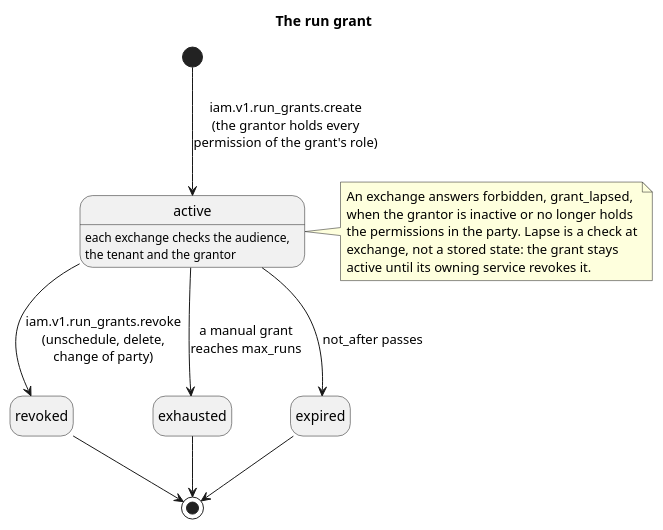
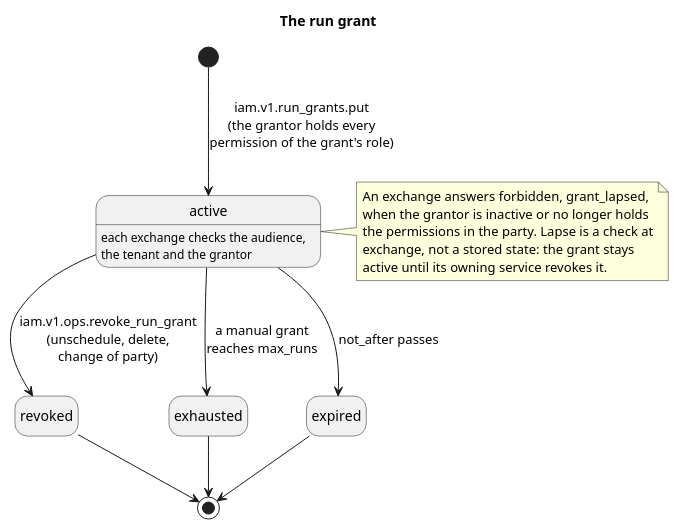
The diagram in doc/knowledge/security/run_grant_states.puml (OreStudio/OreStudio), drawn with PlantUML before and after one commit. The commit also changed 418 other files, not shown here.

```diff
--- a/doc/knowledge/security/run_grant_states.puml
+++ b/doc/knowledge/security/run_grant_states.puml
@@ -18,26 +18,26 @@
 @startuml
 
 title The run grant
 
 hide empty description
 
-[*] --> active : iam.v1.run_grants.create\n(the grantor holds every\npermission of the grant's role)
+[*] --> active : iam.v1.run_grants.put\n(the grantor holds every\npermission of the grant's role)
 
 active : each exchange checks the audience,\nthe tenant and the grantor
 
-active --> revoked : iam.v1.run_grants.revoke\n(unschedule, delete,\nchange of party)
+active --> revoked : iam.v1.ops.revoke_run_grant\n(unschedule, delete,\nchange of party)
 active --> exhausted : a manual grant\nreaches max_runs
 active --> expired : not_after passes
 revoked --> [*]
 exhausted --> [*]
 expired --> [*]
 
 note right of active
   An exchange answers forbidden, grant_lapsed,
   when the grantor is inactive or no longer holds
   the permissions in the party. Lapse is a check at
   exchange, not a stored state: the grant stays
   active until its owning service revokes it.
 end note
 
 @enduml
```
